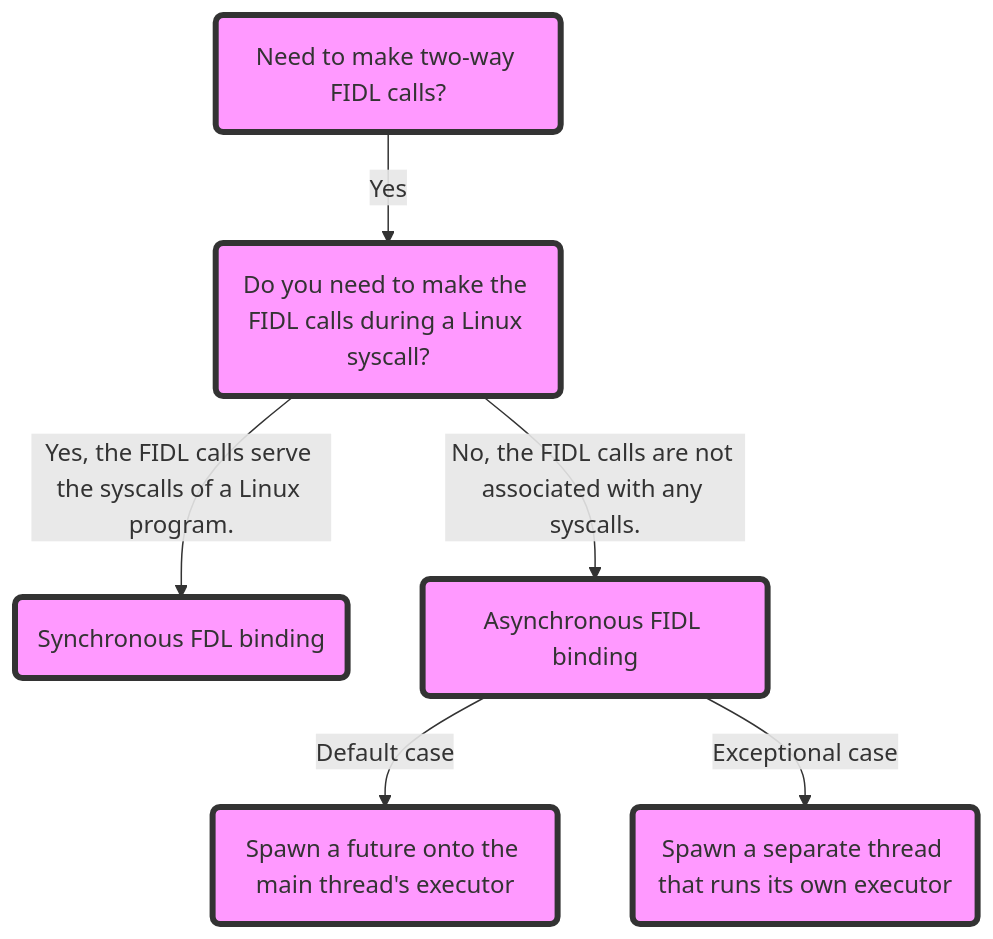
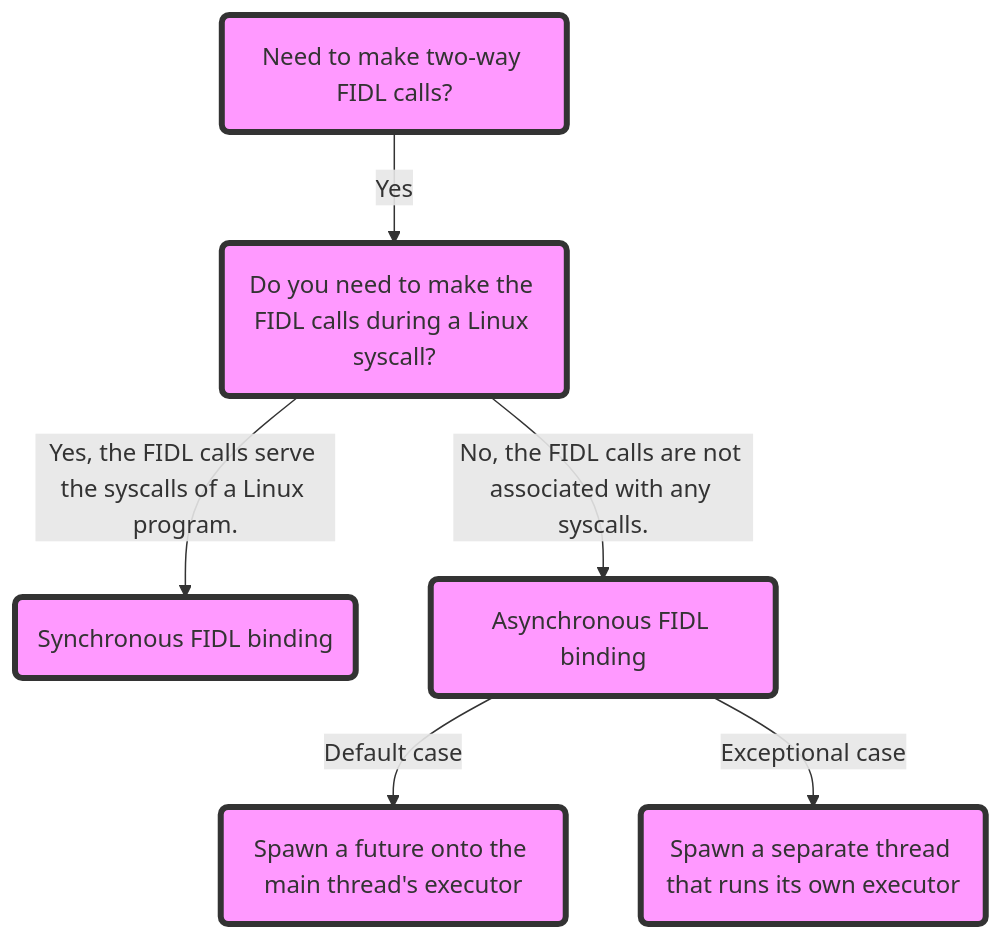
Before and after one commit to misttech/mist-os: the diagram in docs/development/starnix/ipc_patterns_in_starnix.md, drawn with Mermaid.

Commit message:
[docs][starnix] Update spelling in FIDL chart
Fuchsia-Auto-Submit: Duncan Millard <duncanmillard@google.com>
Commit-Queue: Duncan Millard <duncanmillard@google.com>
Commit-Queue: Kyo Lee <kyol@google.com>

````diff
--- a/docs/development/starnix/ipc_patterns_in_starnix.md
+++ b/docs/development/starnix/ipc_patterns_in_starnix.md
@@ -31,14 +31,14 @@
 ```mermaid
 flowchart TD
     A(Need to make two-way FIDL calls?) -->|Yes| B(Do you need to make the FIDL calls during a Linux syscall?)
-    B -->|Yes, the FIDL calls serve the syscalls of a Linux program.| C(Synchronous FDL binding)
+    B -->|Yes, the FIDL calls serve the syscalls of a Linux program.| C(Synchronous FIDL binding)
     B -->|No, the FIDL calls are not associated with any syscalls.| D(Asynchronous FIDL binding)
     D -->|Default case| E(Spawn a future onto the main thread's executor)
     D -->|Exceptional case| F(Spawn a separate thread that runs its own executor)
     style A fill:#f9f,stroke:#333,stroke-width:4px
     style B fill:#f9f,stroke:#333,stroke-width:4px
     style C fill:#f9f,stroke:#333,stroke-width:4px
     style D fill:#f9f,stroke:#333,stroke-width:4px
     style E fill:#f9f,stroke:#333,stroke-width:4px
     style F fill:#f9f,stroke:#333,stroke-width:4px
 ```
````
